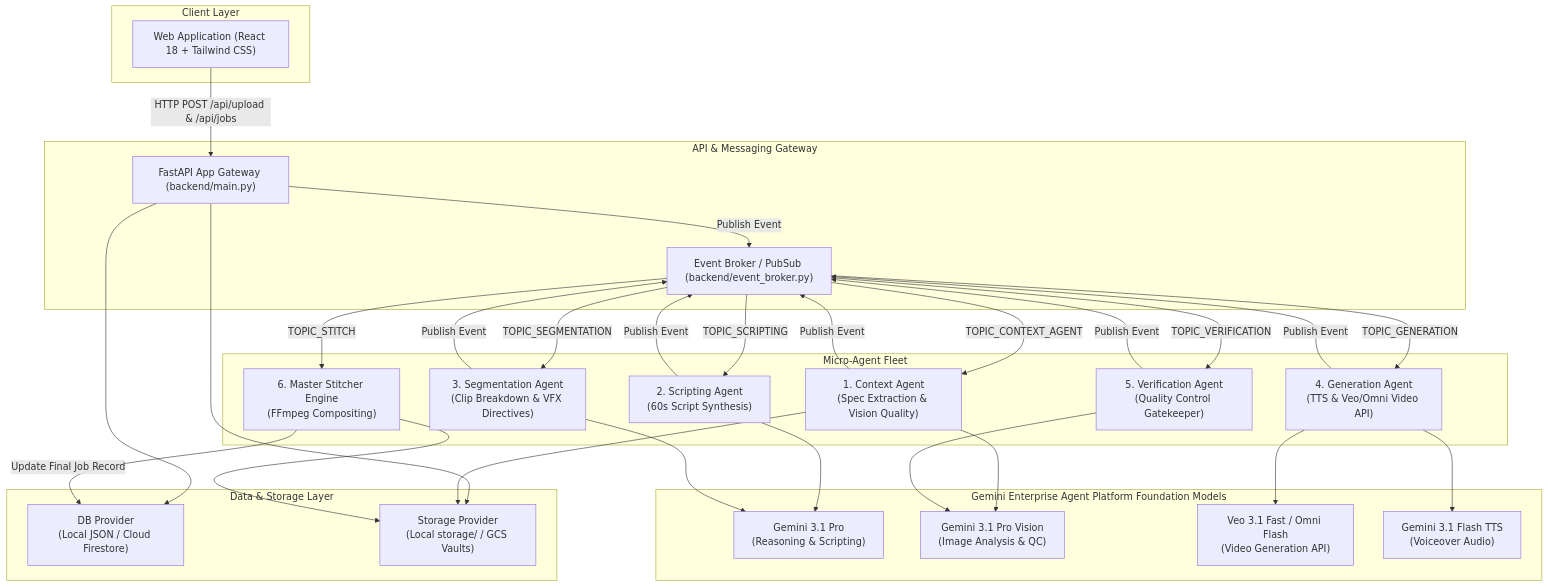
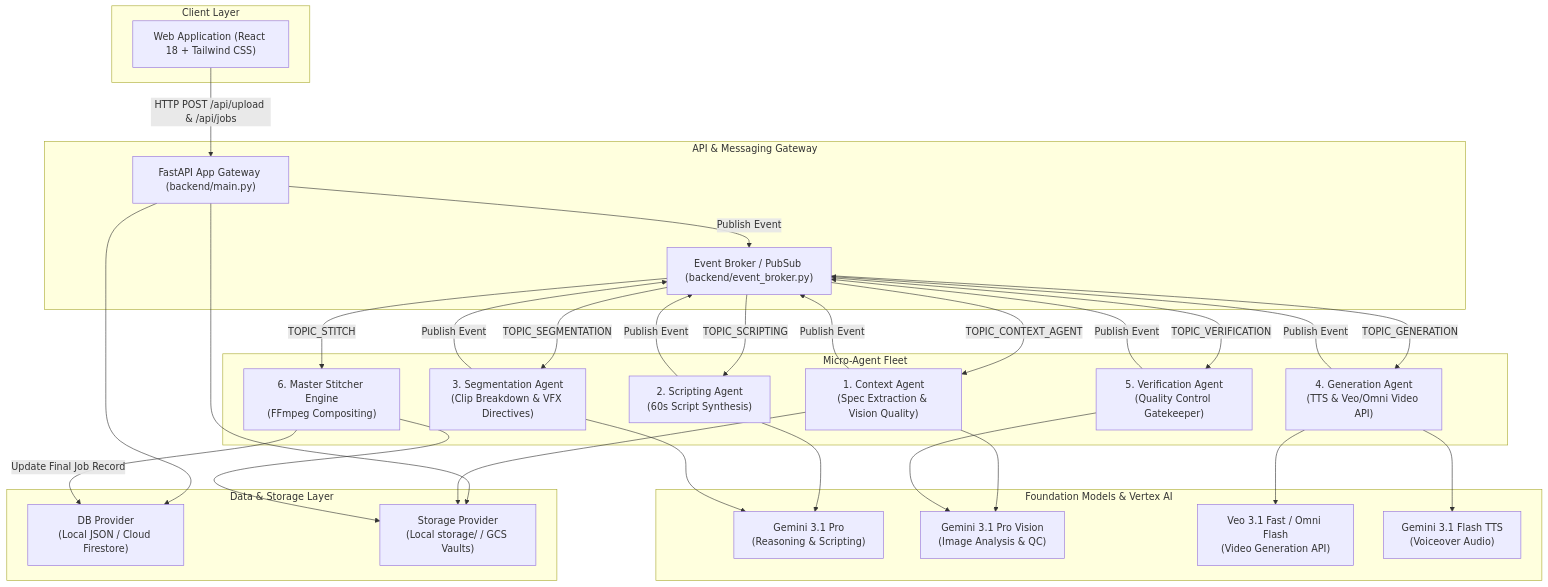
One commit to abhisoni-sketch/ZiWan-Ad-Studio changed the first of 2 diagrams in TECHNICAL_DOSSIER.md. Above: the diagram before and after it, drawn with Mermaid. The commit also changed 3 other files, not shown here.

Commit message:
docs: fix Mermaid diagram syntax and convert ASCII architecture flowcharts to native Mermaid

````diff
--- a/TECHNICAL_DOSSIER.md
+++ b/TECHNICAL_DOSSIER.md
@@ -20,63 +20,63 @@
 ```mermaid
 flowchart TB
-    subgraph Client Layer
+    subgraph ClientLayer["Client Layer"]
         UI["Web Application (React 18 + Tailwind CSS)"]
     end
 
-    subgraph API & Messaging Gateway
+    subgraph APIGateway["API & Messaging Gateway"]
         FastAPI["FastAPI App Gateway (backend/main.py)"]
         Broker["Event Broker / PubSub (backend/event_broker.py)"]
     end
 
-    subgraph Micro-Agent Fleet
+    subgraph AgentFleet["Micro-Agent Fleet"]
         ContextAgent["1. Context Agent\n(Spec Extraction & Vision Quality)"]
         ScriptAgent["2. Scripting Agent\n(60s Script Synthesis)"]
         SegAgent["3. Segmentation Agent\n(Clip Breakdown & VFX Directives)"]
         GenAgent["4. Generation Agent\n(TTS & Veo/Omni Video API)"]
         VerifAgent["5. Verification Agent\n(Quality Control Gatekeeper)"]
         Stitcher["6. Master Stitcher Engine\n(FFmpeg Compositing)"]
     end
 
-    subgraph Data & Storage Layer
+    subgraph StorageLayer["Data & Storage Layer"]
         DB["DB Provider\n(Local JSON / Cloud Firestore)"]
         Storage["Storage Provider\n(Local storage/ / GCS Vaults)"]
     end
 
-    subgraph Gemini Enterprise Agent Platform Foundation Models
+    subgraph FoundationModels["Foundation Models & Vertex AI"]
         GeminiPro["Gemini 3.1 Pro\n(Reasoning & Scripting)"]
         GeminiVision["Gemini 3.1 Pro Vision\n(Image Analysis & QC)"]
         VeoAPI["Veo 3.1 Fast / Omni Flash\n(Video Generation API)"]
         GeminiTTS["Gemini 3.1 Flash TTS\n(Voiceover Audio)"]
     end
 
     UI -->|HTTP POST /api/upload & /api/jobs| FastAPI
     FastAPI --> DB
     FastAPI --> Storage
     FastAPI -->|Publish Event| Broker
 
     Broker -->|TOPIC_CONTEXT_AGENT| ContextAgent
     ContextAgent --> GeminiVision
     ContextAgent --> Storage
     ContextAgent -->|Publish Event| Broker
 
     Broker -->|TOPIC_SCRIPTING| ScriptAgent
     ScriptAgent --> GeminiPro
     ScriptAgent -->|Publish Event| Broker
 
     Broker -->|TOPIC_SEGMENTATION| SegAgent
     SegAgent --> GeminiPro
     SegAgent -->|Publish Event| Broker
 
     Broker -->|TOPIC_GENERATION| GenAgent
     GenAgent --> GeminiTTS
     GenAgent --> VeoAPI
     GenAgent -->|Publish Event| Broker
 
     Broker -->|TOPIC_VERIFICATION| VerifAgent
     VerifAgent --> GeminiVision
     VerifAgent -->|Publish Event| Broker
 
     Broker -->|TOPIC_STITCH| Stitcher
     Stitcher --> Storage
     Stitcher -->|Update Final Job Record| DB
 ```
````
